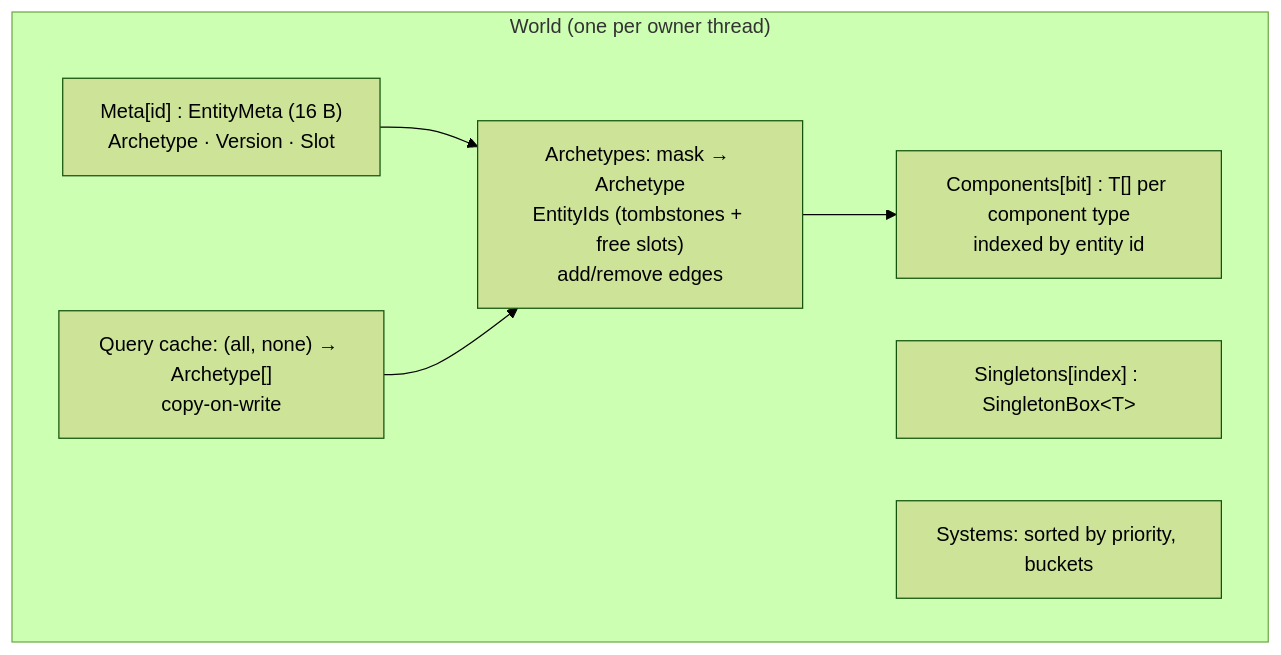
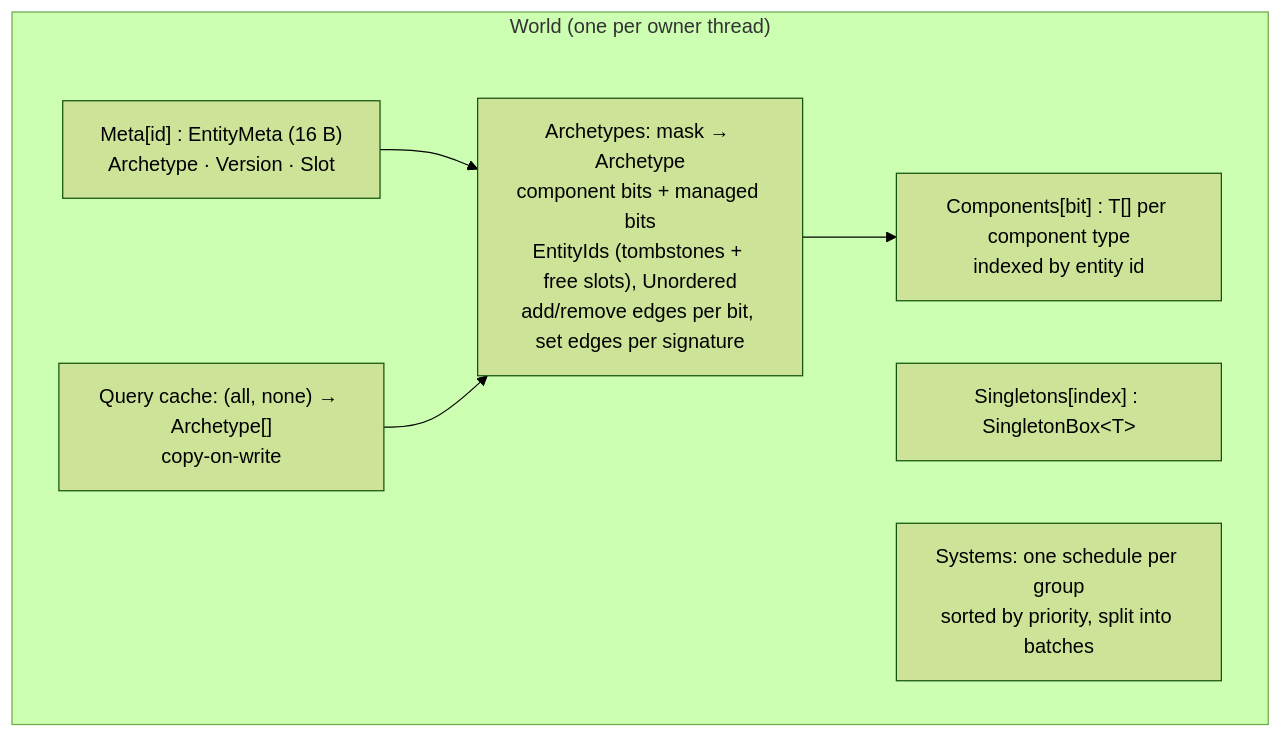
Before and after one commit to JasonXuDeveloper/EasyEcs: the first of 3 diagrams in doc/architecture.md, drawn with Mermaid (forest theme). The commit also changed other lines of this file and 15 other files, not shown here.

````diff
--- a/doc/architecture.md
+++ b/doc/architecture.md
@@ -13,14 +13,14 @@
 ```mermaid
 flowchart TB
     subgraph "World (one per owner thread)"
         Meta["Meta[id] : EntityMeta (16 B)<br/>Archetype · Version · Slot"]
         Cols["Components[bit] : T[] per component type<br/>indexed by entity id"]
-        Arch["Archetypes: mask → Archetype<br/>EntityIds (tombstones + free slots)<br/>add/remove edges"]
+        Arch["Archetypes: mask → Archetype<br/>component bits + managed bits<br/>EntityIds (tombstones + free slots), Unordered<br/>add/remove edges per bit, set edges per signature"]
         QC["Query cache: (all, none) → Archetype[]<br/>copy-on-write"]
         Single["Singletons[index] : SingletonBox&lt;T&gt;"]
-        Sys["Systems: sorted by priority, buckets"]
+        Sys["Systems: one schedule per group<br/>sorted by priority, split into batches"]
     end
     Meta --> Arch
     Arch --> Cols
     QC --> Arch
 ```
````
